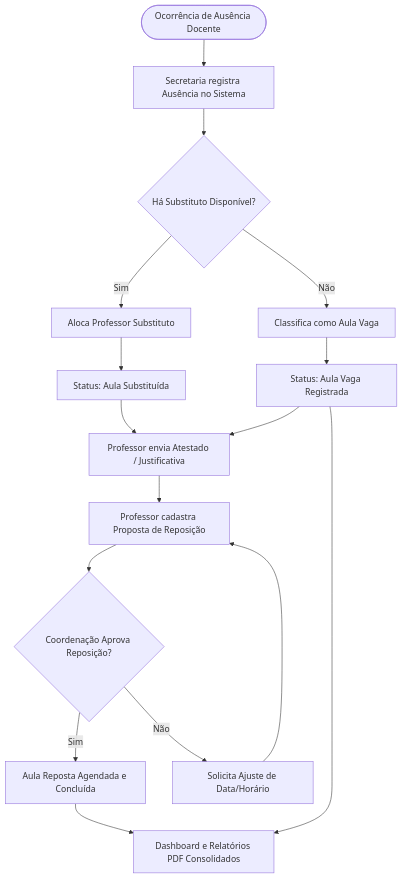
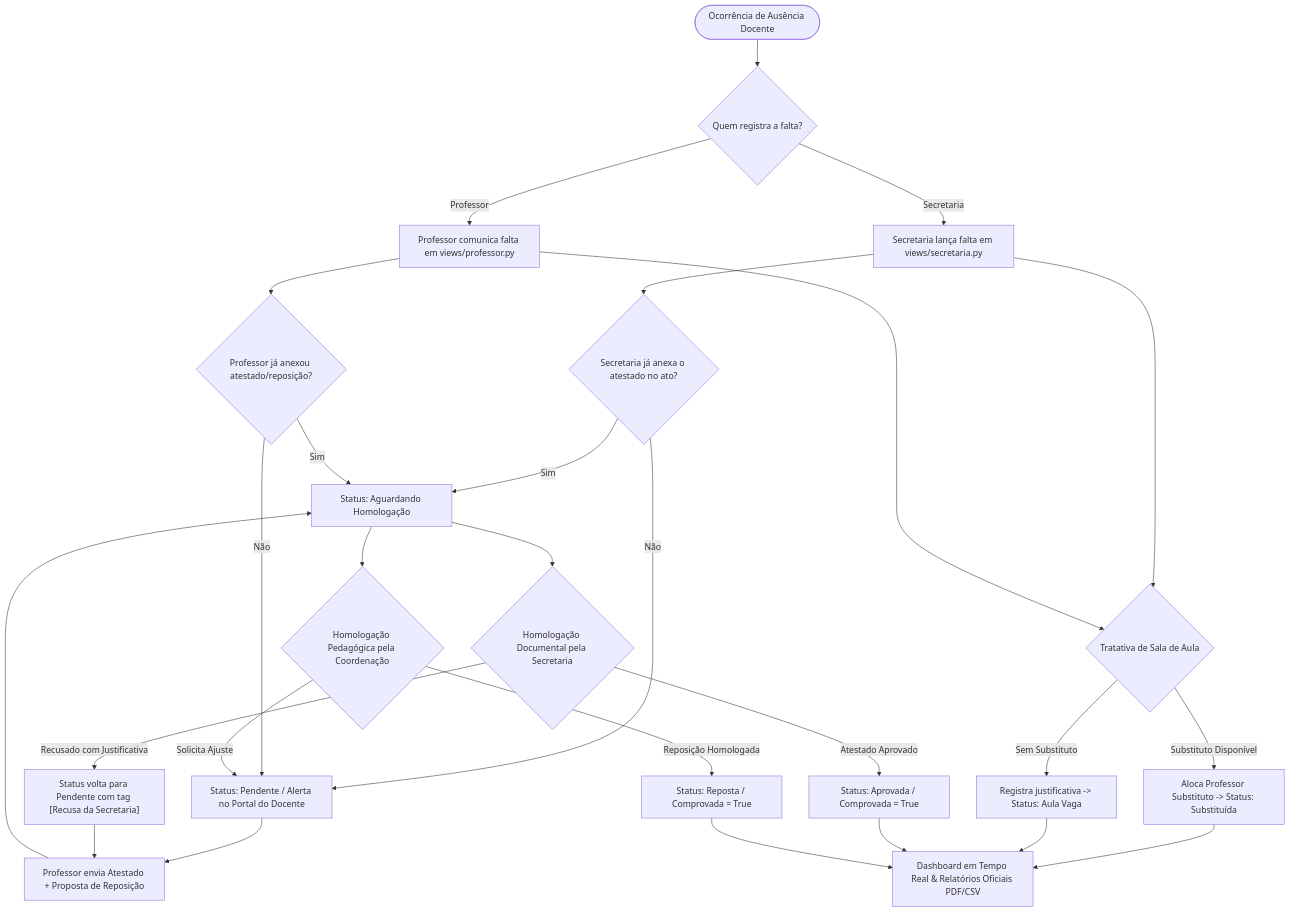
Before and after one commit to MikeAAQueen/docente360: the diagram in levantamento_requisitos.md, drawn with Mermaid. The commit also changed other lines of this file and 7 other files, not shown here.

````diff
--- a/levantamento_requisitos.md
+++ b/levantamento_requisitos.md
@@ -134,24 +163,37 @@
 ```mermaid
 flowchart TD
-    A([Ocorrência de Ausência Docente]) --> B[Secretaria registra Ausência no Sistema]
-    B --> C{Há Substituto Disponível?}
+    A([Ocorrência de Ausência Docente]) --> B{Quem registra a falta?}
     
-    C -- Sim --> D[Aloca Professor Substituto]
-    C -- Não --> E[Classifica como Aula Vaga]
+    B -- Secretaria --> C[Secretaria lança falta em views/secretaria.py]
+    B -- Professor --> D[Professor comunica falta em views/professor.py]
     
-    D --> F[Status: Aula Substituída]
-    E --> G[Status: Aula Vaga Registrada]
+    C --> E{Secretaria já anexa o atestado no ato?}
+    E -- Sim --> H[Status: Aguardando Homologação]
+    E -- Não --> F[Status: Pendente / Alerta no Portal do Docente]
     
-    F --> H[Professor envia Atestado / Justificativa]
-    G --> H
+    D --> G{Professor já anexou atestado/reposição?}
+    G -- Sim --> H
+    G -- Não --> F
     
-    H --> I[Professor cadastra Proposta de Reposição]
-    I --> J{Coordenação Aprova Reposição?}
+    C --> SUB{Tratativa de Sala de Aula}
+    D --> SUB
+    SUB -- Substituto Disponível --> SUB1[Aloca Professor Substituto -> Status: Substituída]
+    SUB -- Sem Substituto --> SUB2[Registra justificativa -> Status: Aula Vaga]
     
-    J -- Sim --> K[Aula Reposta Agendada e Concluída]
-    J -- Não --> L[Solicita Ajuste de Data/Horário]
-    L --> I
+    F --> I[Professor envia Atestado + Proposta de Reposição]
+    I --> H
     
-    K --> M[Dashboard e Relatórios PDF Consolidados]
-    G --> M
+    H --> J{Homologação Documental pela Secretaria}
+    J -- Recusado com Justificativa --> K["Status volta para Pendente com tag [Recusa da Secretaria]"]
+    K --> I
+    J -- Atestado Aprovado --> L[Status: Aprovada / Comprovada = True]
+    
+    H --> M{Homologação Pedagógica pela Coordenação}
+    M -- Solicita Ajuste --> F
+    M -- Reposição Homologada --> N[Status: Reposta / Comprovada = True]
+    
+    SUB1 --> O[Dashboard em Tempo Real & Relatórios Oficiais PDF/CSV]
+    SUB2 --> O
+    L --> O
+    N --> O
 ```
````
